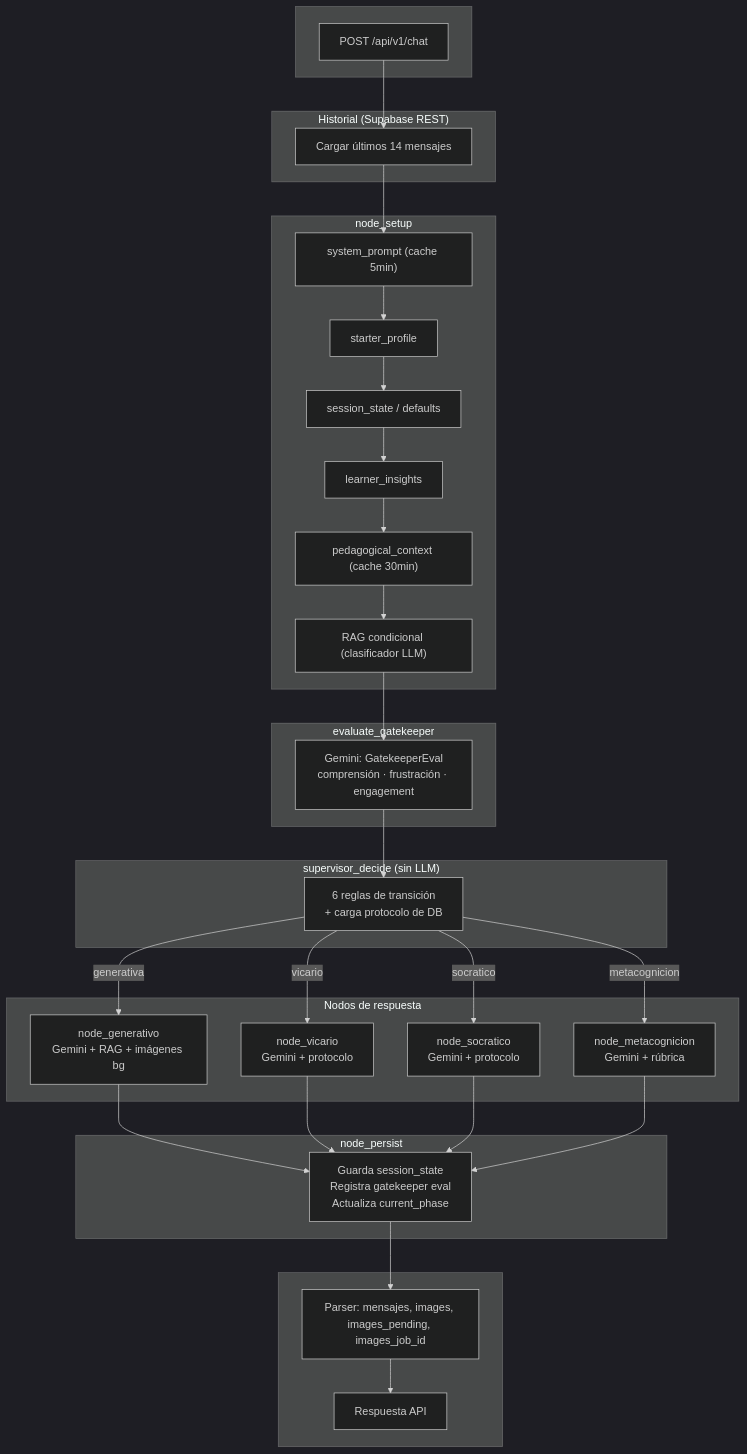
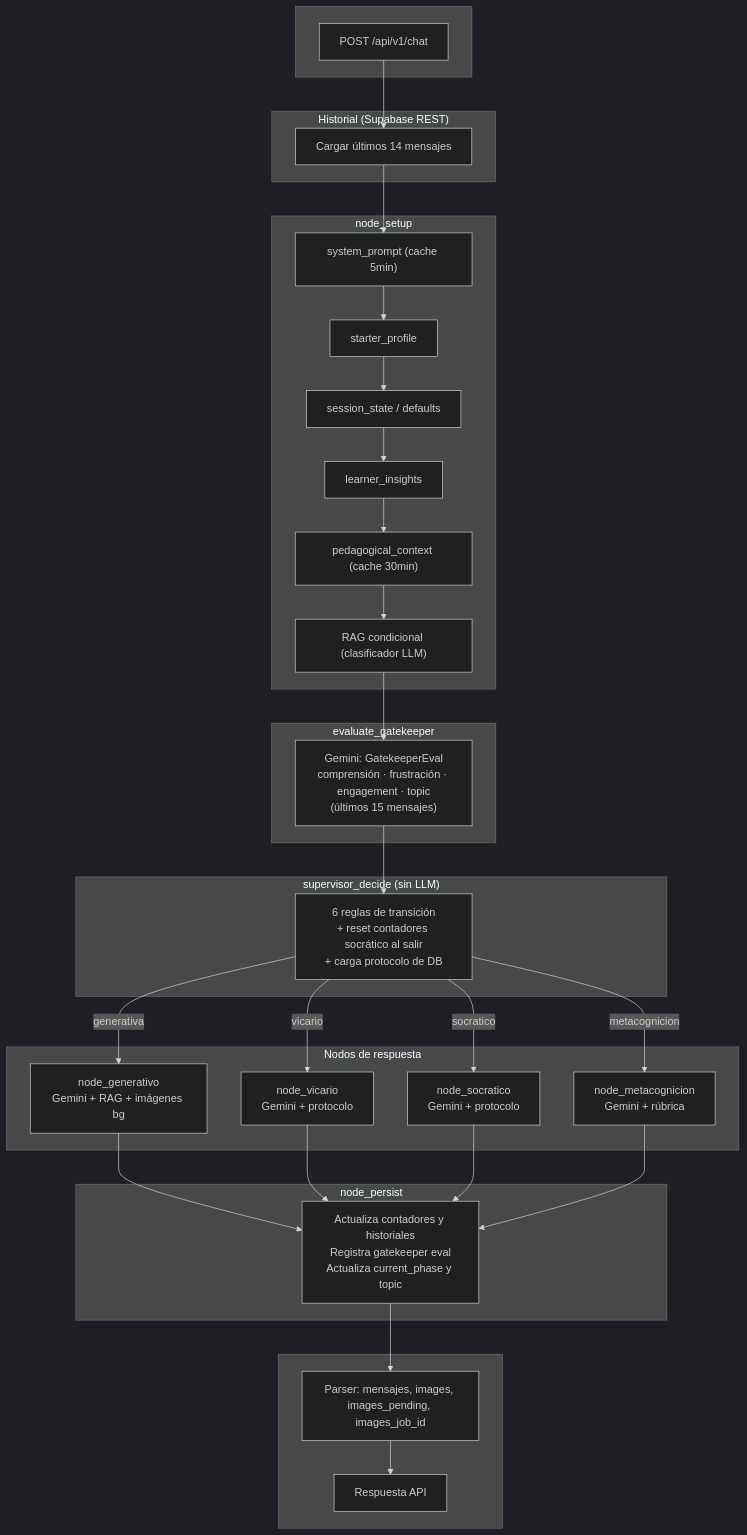
One commit to hublecarpio/biex_backend changed the diagram in docs/flujo-agente.md. Above: the diagram before and after it, drawn with Mermaid (dark theme). The commit also changed other lines of this file and 1 other file, not shown here.

Commit message:
docs: full rewrite of README and flujo-agente - align with current code

````diff
--- a/docs/flujo-agente.md
+++ b/docs/flujo-agente.md
@@ -80,49 +113,49 @@
 ```mermaid
 flowchart TB
     subgraph entrada[" "]
         A["POST /api/v1/chat"]
     end
     subgraph historia["Historial (Supabase REST)"]
         B["Cargar últimos 14 mensajes"]
     end
     subgraph setup["node_setup"]
         C["system_prompt (cache 5min)"]
         D["starter_profile"]
         E["session_state / defaults"]
         F["learner_insights"]
         G["pedagogical_context (cache 30min)"]
         H["RAG condicional (clasificador LLM)"]
     end
     subgraph gatekeeper["evaluate_gatekeeper"]
-        I["Gemini: GatekeeperEval\ncomprensión · frustración · engagement"]
+        I["Gemini: GatekeeperEval\ncomprensión · frustración · engagement · topic\n(últimos 15 mensajes)"]
     end
     subgraph supervisor["supervisor_decide (sin LLM)"]
-        J["6 reglas de transición\n+ carga protocolo de DB"]
+        J["6 reglas de transición\n+ reset contadores socrático al salir\n+ carga protocolo de DB"]
     end
     subgraph nodos["Nodos de respuesta"]
         K["node_generativo\nGemini + RAG + imágenes bg"]
         L["node_vicario\nGemini + protocolo"]
         M["node_socratico\nGemini + protocolo"]
         N["node_metacognicion\nGemini + rúbrica"]
     end
     subgraph persist["node_persist"]
-        O["Guarda session_state\nRegistra gatekeeper eval\nActualiza current_phase"]
+        O["Actualiza contadores y historiales\nRegistra gatekeeper eval\nActualiza current_phase y topic"]
     end
     subgraph salida[" "]
         P["Parser: mensajes, images, images_pending, images_job_id"]
         Q["Respuesta API"]
     end
 
     A --> B --> C
     C --> D --> E --> F --> G --> H
     H --> I --> J
     J -->|generativa| K
     J -->|vicario| L
     J -->|socratico| M
     J -->|metacognicion| N
     K --> O
     L --> O
     M --> O
     N --> O
     O --> P --> Q
 ```
````
